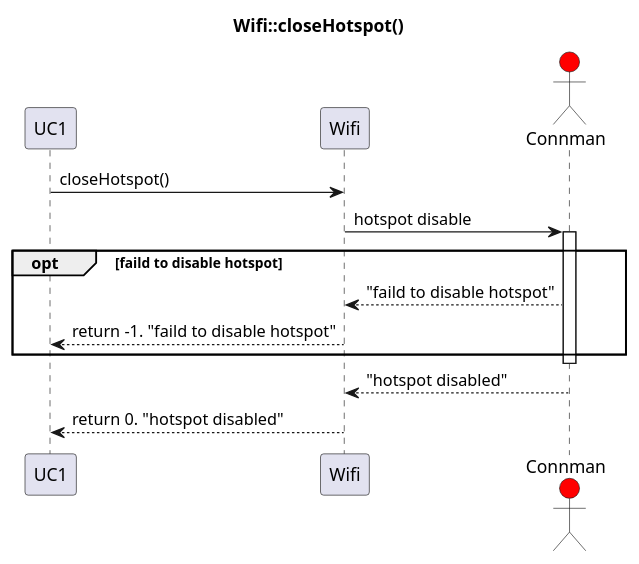
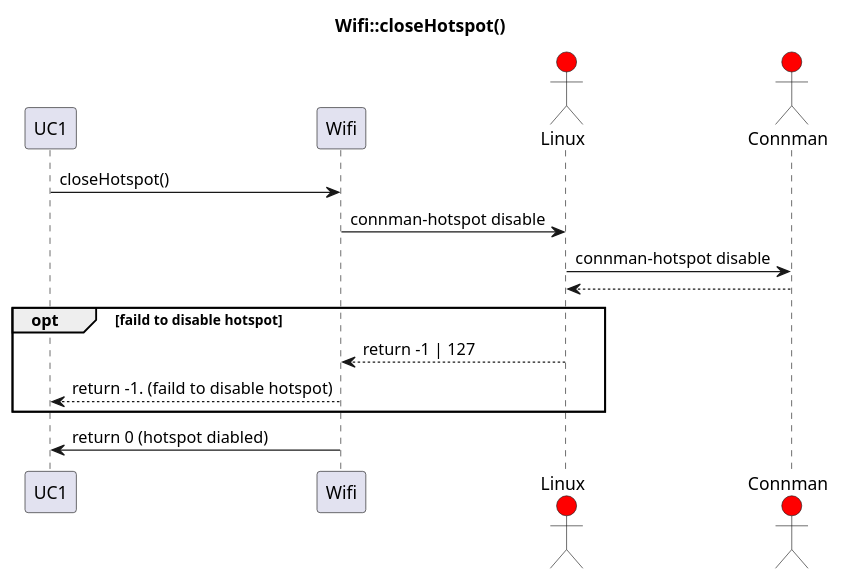
One commit to Solvgraa-mager/E3PRJ3 changed the diagram in Diagrammer/Robo_Sumo_Battle/Communication/Sekvensdiagrammer/Wifi/Wifi_closeHotspot.plantuml. Above: the diagram before and after it, drawn with PlantUML. The commit also changed 7 other files, not shown here.

Commit message:
TCP, Wifi sekvensdiagrammer update

```diff
--- a/Diagrammer/Robo_Sumo_Battle/Communication/Sekvensdiagrammer/Wifi/Wifi_closeHotspot.plantuml
+++ b/Diagrammer/Robo_Sumo_Battle/Communication/Sekvensdiagrammer/Wifi/Wifi_closeHotspot.plantuml
@@ -1,19 +1,18 @@
 @startuml
 title Wifi::closeHotspot()
 participant UC1
 participant Wifi
+actor Linux #red
 actor Connman #red
 
 UC1 -> Wifi : closeHotspot()
-Wifi -> Connman : hotspot disable
-activate Connman
+Wifi -> Linux : connman-hotspot disable
+Linux -> Connman : connman-hotspot disable
+Linux <-- Connman
 opt faild to disable hotspot
-    Connman --> Wifi : "faild to disable hotspot"
-    Wifi --> UC1 : return -1. "faild to disable hotspot"
+    Linux --> Wifi : return -1 | 127
+    Wifi --> UC1 : return -1. (faild to disable hotspot)
 end
-deactivate Connman
-Connman --> Wifi : "hotspot disabled"
-Wifi --> UC1 : return 0. "hotspot disabled"
-
+UC1 <- Wifi : return 0 (hotspot diabled)
 
 @enduml
```
